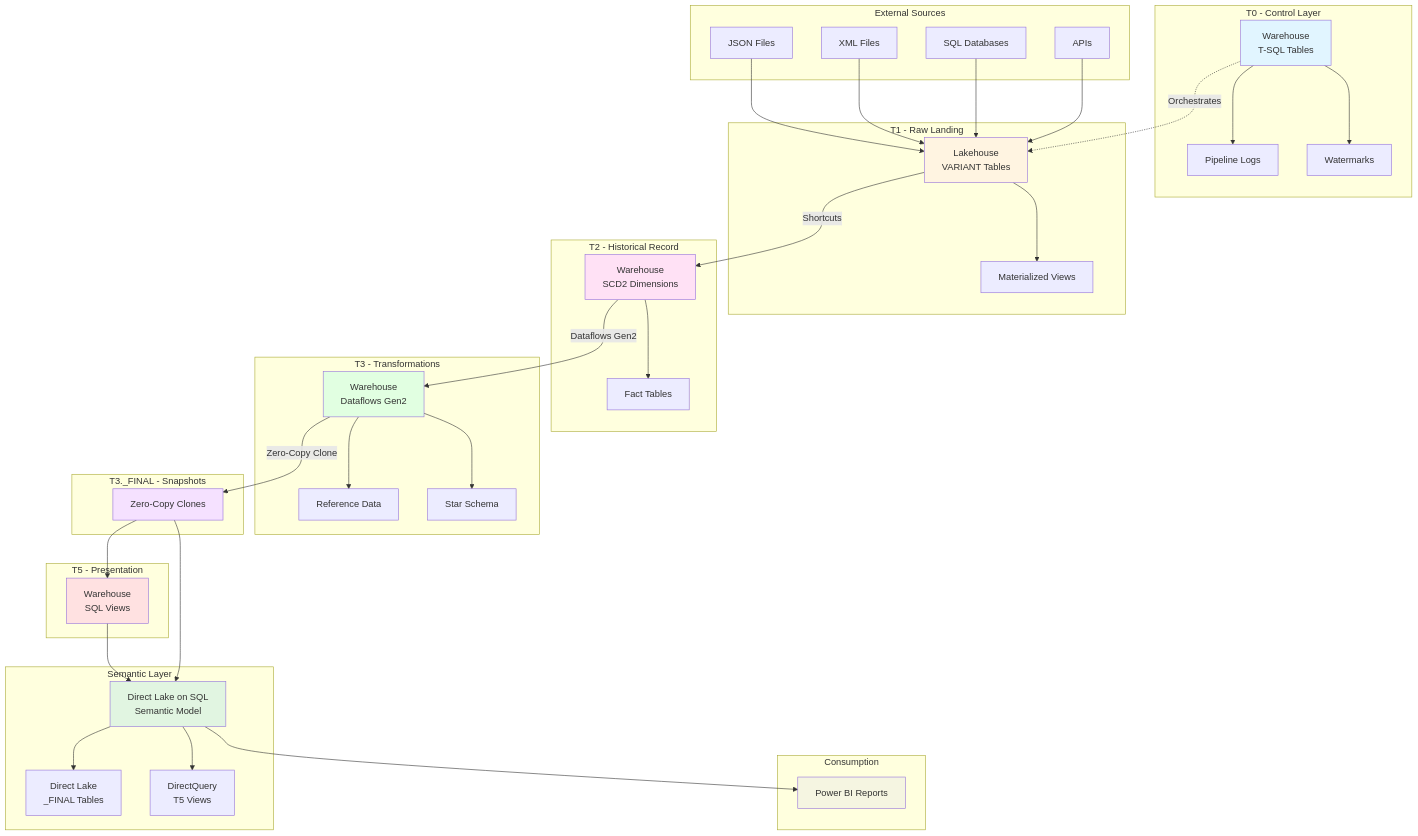
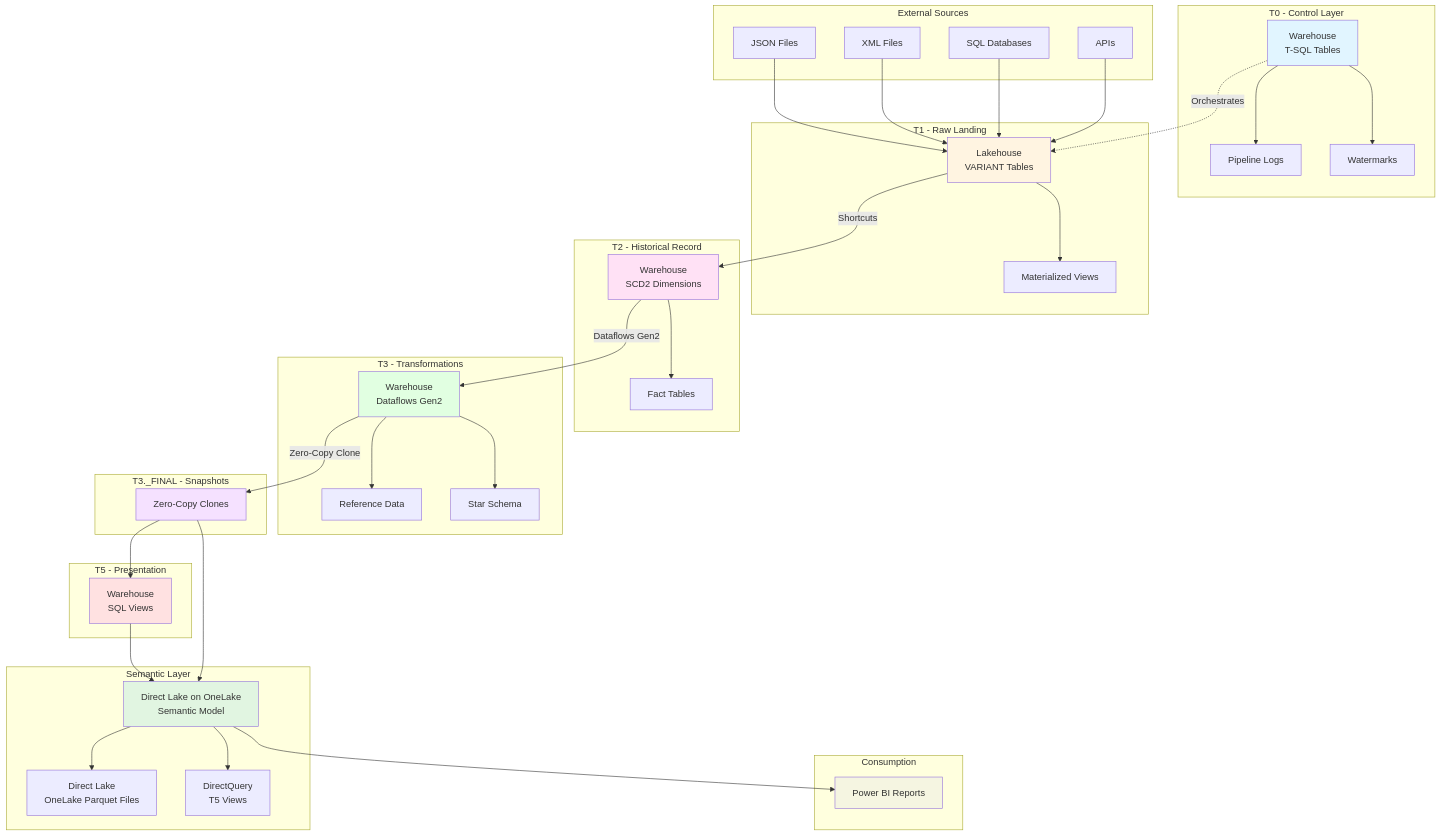
The diagram in fabric/diagrams/architecture-overview.md (jhazured/data-engineering-wiki), drawn with Mermaid before and after one commit. The commit also changed other lines of this file and 7 other files, not shown here.

First line of the commit message:
CRITICAL: Correct architecture to use Direct Lake on OneLake (not SQL endpoints)

````diff
--- a/fabric/diagrams/architecture-overview.md
+++ b/fabric/diagrams/architecture-overview.md
@@ -5,72 +5,72 @@
 ```mermaid
 graph TB
     subgraph "External Sources"
         S1[JSON Files]
         S2[XML Files]
         S3[SQL Databases]
         S4[APIs]
     end
     
     subgraph "T0 - Control Layer"
         T0[Warehouse<br/>T-SQL Tables]
         T0 --> T0_LOG[Pipeline Logs]
         T0 --> T0_WM[Watermarks]
     end
     
     subgraph "T1 - Raw Landing"
         T1[Lakehouse<br/>VARIANT Tables]
         T1 --> T1_MV[Materialized Views]
     end
     
     subgraph "T2 - Historical Record"
         T2[Warehouse<br/>SCD2 Dimensions]
         T2 --> T2_FACT[Fact Tables]
     end
     
     subgraph "T3 - Transformations"
         T3[Warehouse<br/>Dataflows Gen2]
         T3 --> T3_REF[Reference Data]
         T3 --> T3_STAR[Star Schema]
     end
     
     subgraph "T3._FINAL - Snapshots"
         T3F[Zero-Copy Clones]
     end
     
     subgraph "T5 - Presentation"
         T5[Warehouse<br/>SQL Views]
     end
     
     subgraph "Semantic Layer"
-        SEM[Direct Lake on SQL<br/>Semantic Model]
-        SEM --> SEM_DL[Direct Lake<br/>_FINAL Tables]
+        SEM[Direct Lake on OneLake<br/>Semantic Model]
+        SEM --> SEM_DL[Direct Lake<br/>OneLake Parquet Files]
         SEM --> SEM_DQ[DirectQuery<br/>T5 Views]
     end
     
     subgraph "Consumption"
         PBI[Power BI Reports]
     end
     
     S1 --> T1
     S2 --> T1
     S3 --> T1
     S4 --> T1
     
     T0 -.->|Orchestrates| T1
     T1 -->|Shortcuts| T2
     T2 -->|Dataflows Gen2| T3
     T3 -->|Zero-Copy Clone| T3F
     T3F --> T5
     T5 --> SEM
     T3F --> SEM
     SEM --> PBI
     
     style T0 fill:#e1f5ff
     style T1 fill:#fff4e1
     style T2 fill:#ffe1f5
     style T3 fill:#e1ffe1
     style T3F fill:#f5e1ff
     style T5 fill:#ffe1e1
     style SEM fill:#e1f5e1
     style PBI fill:#f5f5e1
 ```
````
